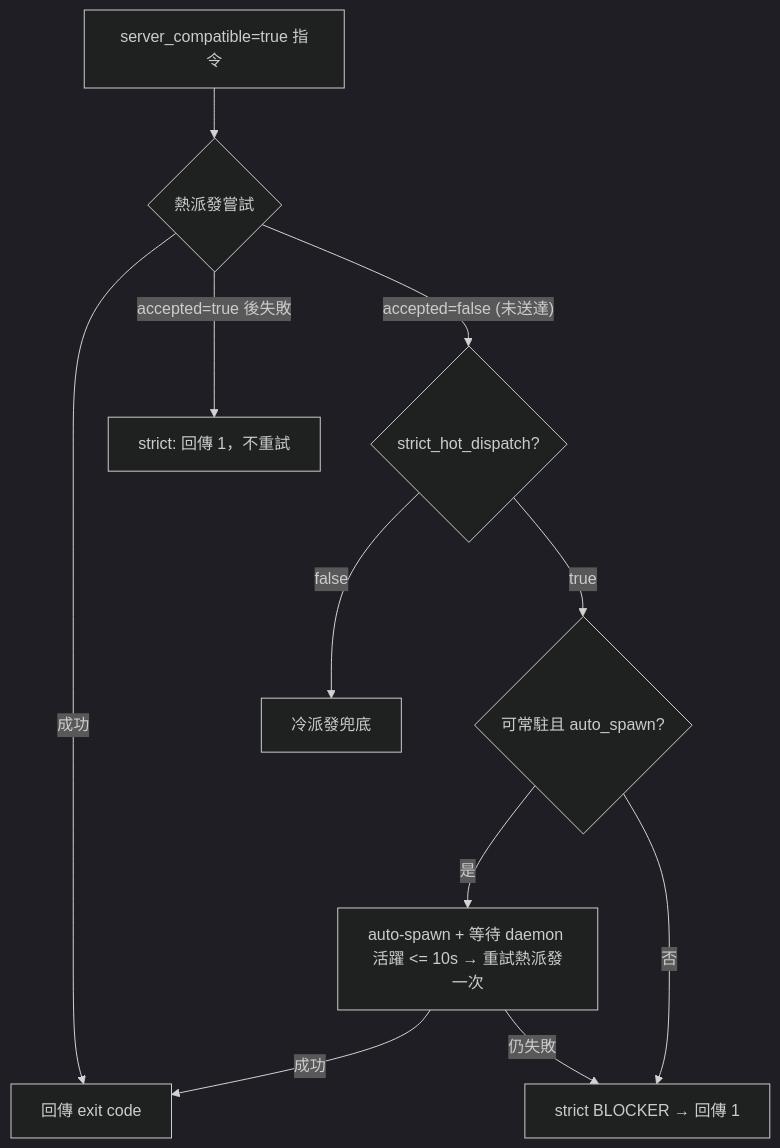
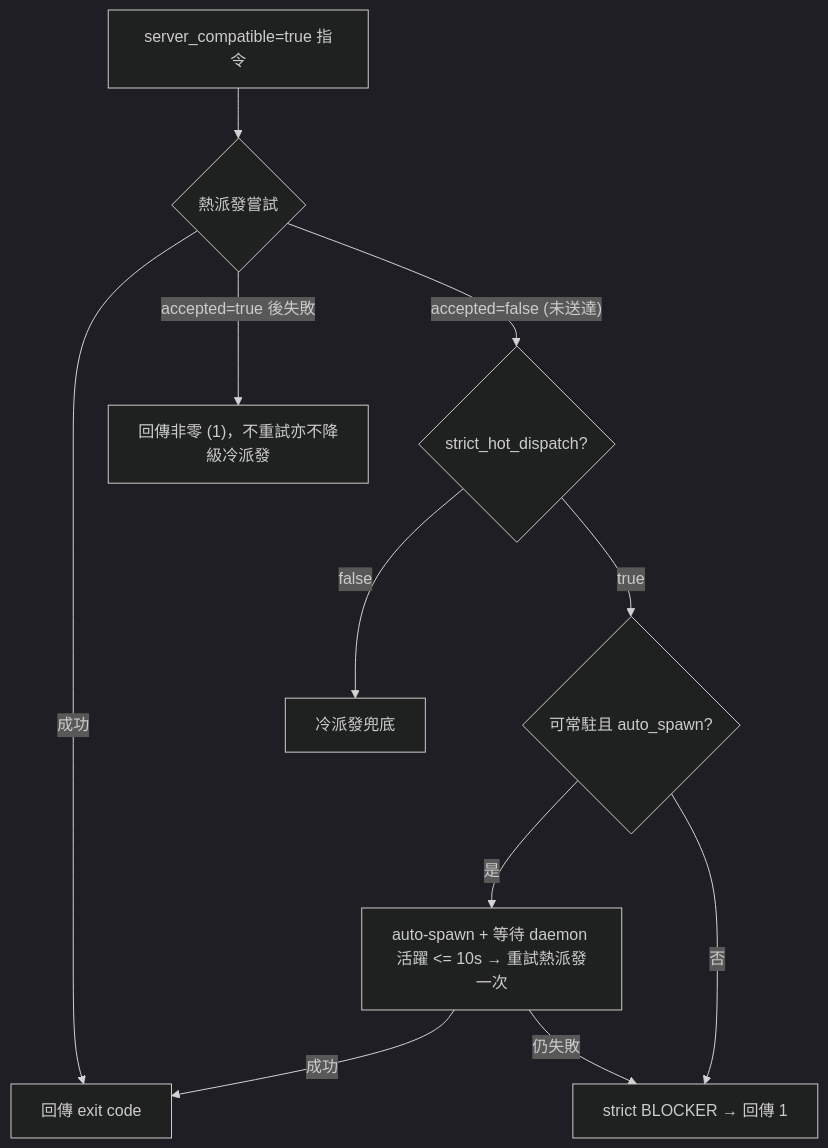
One commit to ysnaive/ys-codebase changed the third of 3 diagrams in docs/server/daemon_architecture.md. Above: the diagram before and after it, drawn with Mermaid (dark theme). The commit also changed other lines of this file and 75 other files, not shown here.

````diff
--- a/docs/server/daemon_architecture.md
+++ b/docs/server/daemon_architecture.md
@@ -135,13 +135,13 @@
 ```mermaid
 flowchart TD
     A["server_compatible=true 指令"] --> B{"熱派發嘗試"}
     B -->|"成功"| Z["回傳 exit code"]
-    B -->|"accepted=true 後失敗"| X["strict: 回傳 1，不重試"]
+    B -->|"accepted=true 後失敗"| X["回傳非零 (1)，不重試亦不降級冷派發"]
     B -->|"accepted=false (未送達)"| C{"strict_hot_dispatch?"}
     C -->|"false"| D["冷派發兜底"]
     C -->|"true"| E{"可常駐且 auto_spawn?"}
     E -->|"是"| F["auto-spawn + 等待 daemon 活躍 <= 10s → 重試熱派發一次"]
     E -->|"否"| G["strict BLOCKER → 回傳 1"]
     F -->|"成功"| Z
     F -->|"仍失敗"| G
 ```
````
